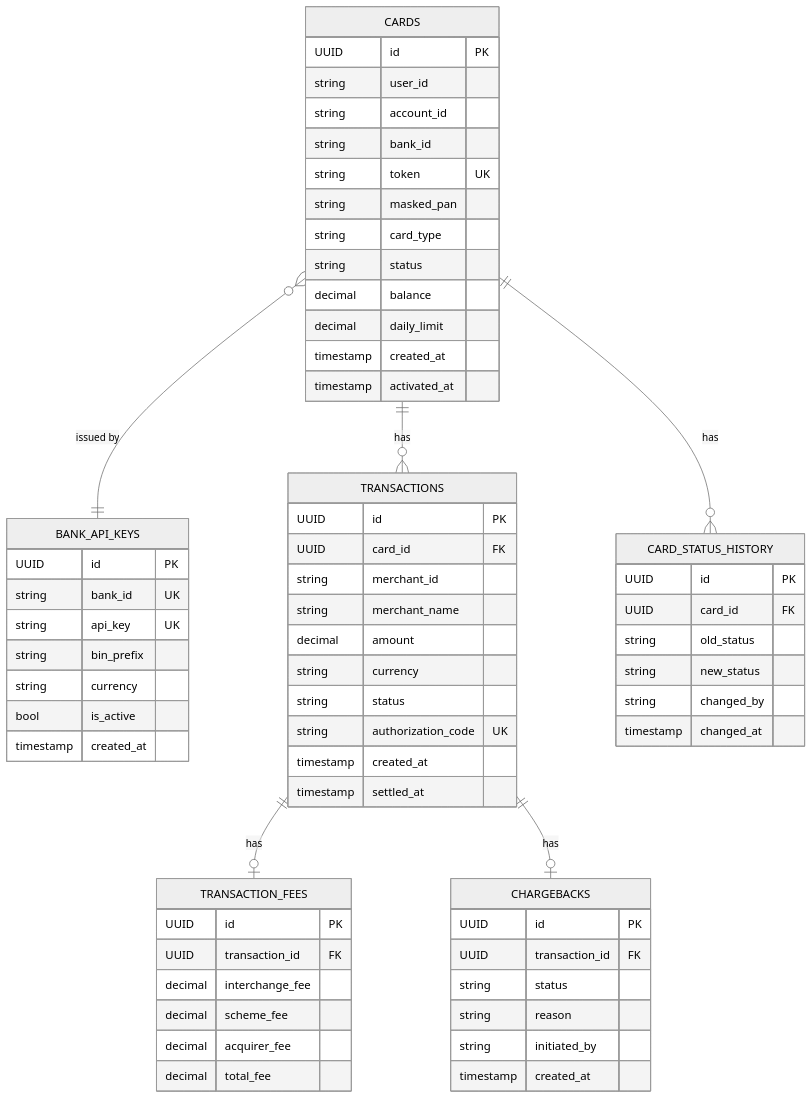
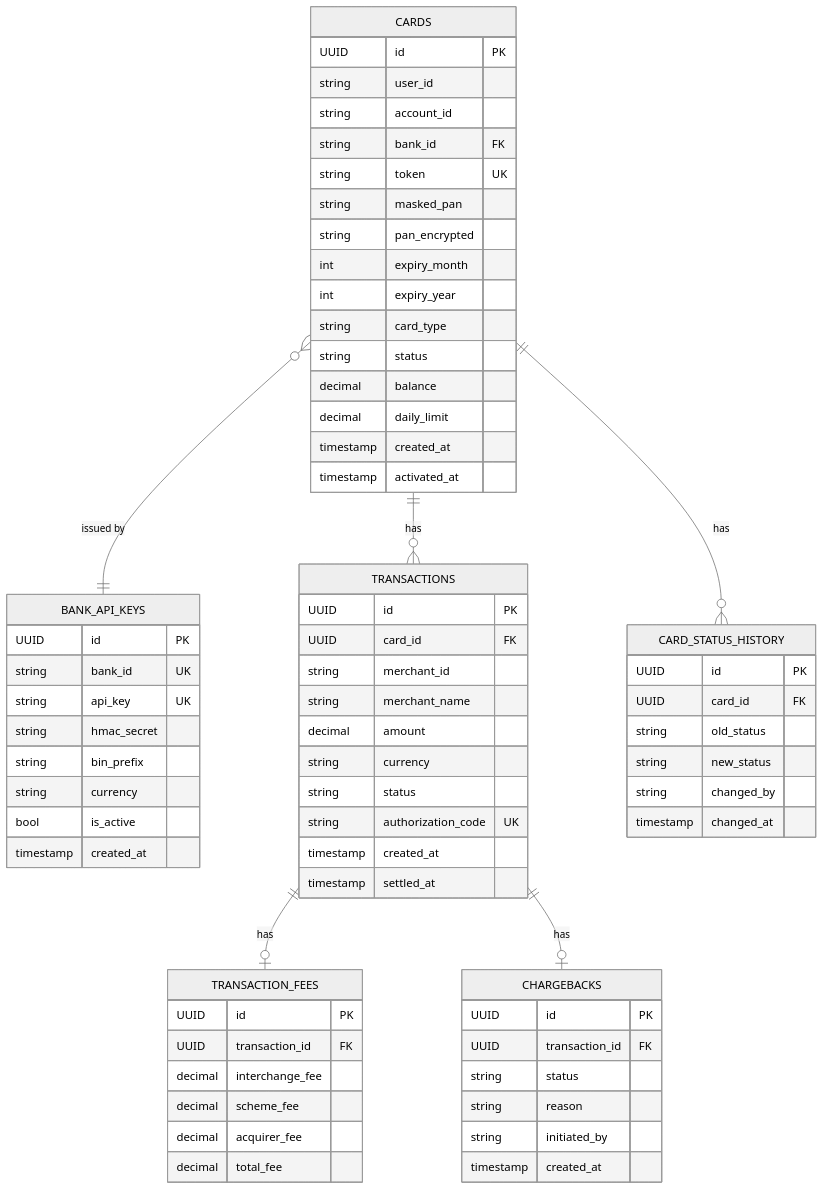
The sixth of 6 diagrams in README.md (FilipSl3/Karty-Platnicze-Aplikacje-Biznesowe), drawn with Mermaid (neutral theme) before and after one commit. The commit also changed other lines of this file and 13 other files, not shown here.

````diff
--- a/README.md
+++ b/README.md
@@ -260,73 +367,77 @@
 ```mermaid
 erDiagram
     CARDS {
         UUID id PK
         string user_id
         string account_id
-        string bank_id
+        string bank_id FK
         string token UK
         string masked_pan
+        string pan_encrypted
+        int expiry_month
+        int expiry_year
         string card_type
         string status
         decimal balance
         decimal daily_limit
         timestamp created_at
         timestamp activated_at
     }
 
     BANK_API_KEYS {
         UUID id PK
         string bank_id UK
         string api_key UK
+        string hmac_secret
         string bin_prefix
         string currency
         bool is_active
         timestamp created_at
     }
 
     TRANSACTIONS {
         UUID id PK
         UUID card_id FK
         string merchant_id
         string merchant_name
         decimal amount
         string currency
         string status
         string authorization_code UK
         timestamp created_at
         timestamp settled_at
     }
 
     TRANSACTION_FEES {
         UUID id PK
         UUID transaction_id FK
         decimal interchange_fee
         decimal scheme_fee
         decimal acquirer_fee
         decimal total_fee
     }
 
     CARD_STATUS_HISTORY {
         UUID id PK
         UUID card_id FK
         string old_status
         string new_status
         string changed_by
         timestamp changed_at
     }
 
     CHARGEBACKS {
         UUID id PK
         UUID transaction_id FK
         string status
         string reason
         string initiated_by
         timestamp created_at
     }
 
     CARDS ||--o{ TRANSACTIONS : "has"
     CARDS ||--o{ CARD_STATUS_HISTORY : "has"
     CARDS }o--|| BANK_API_KEYS : "issued by"
     TRANSACTIONS ||--o| TRANSACTION_FEES : "has"
     TRANSACTIONS ||--o| CHARGEBACKS : "has"
 ```
````
